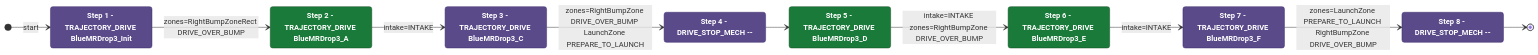
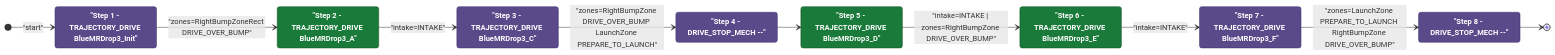
One commit to Team302/2026Rebuilt changed the diagram in documents/auton/BlueBOutKeep3NDepNOutScoreNCli.md. Above: the diagram before and after it, drawn with Mermaid. The commit also changed 242 other files, not shown here.

Commit message:
Regenerated diagrams with fixed red

````diff
--- a/documents/auton/BlueBOutKeep3NDepNOutScoreNCli.md
+++ b/documents/auton/BlueBOutKeep3NDepNOutScoreNCli.md
@@ -8,36 +8,36 @@
 ```mermaid
 stateDiagram-v2
     direction LR
 
     %% Green = intake active, Purple = intake off
     classDef intake  fill:#1a7a3a,color:#ffffff,stroke:#0d4a1f,font-weight:bold
     classDef noIntake fill:#5a4a8a,color:#ffffff,stroke:#3a2a6a,font-weight:bold
 
-    Step1 : Step 1 - TRAJECTORY_DRIVE BlueMRDrop3_Init
-    Step2 : Step 2 - TRAJECTORY_DRIVE BlueMRDrop3_A
-    Step3 : Step 3 - TRAJECTORY_DRIVE BlueMRDrop3_C
-    Step4 : Step 4 - DRIVE_STOP_MECH --
-    Step5 : Step 5 - TRAJECTORY_DRIVE BlueMRDrop3_D
-    Step6 : Step 6 - TRAJECTORY_DRIVE BlueMRDrop3_E
-    Step7 : Step 7 - TRAJECTORY_DRIVE BlueMRDrop3_F
-    Step8 : Step 8 - DRIVE_STOP_MECH --
+    Step1 : "Step 1 - TRAJECTORY_DRIVE BlueMRDrop3_Init"
+    Step2 : "Step 2 - TRAJECTORY_DRIVE BlueMRDrop3_A"
+    Step3 : "Step 3 - TRAJECTORY_DRIVE BlueMRDrop3_C"
+    Step4 : "Step 4 - DRIVE_STOP_MECH --"
+    Step5 : "Step 5 - TRAJECTORY_DRIVE BlueMRDrop3_D"
+    Step6 : "Step 6 - TRAJECTORY_DRIVE BlueMRDrop3_E"
+    Step7 : "Step 7 - TRAJECTORY_DRIVE BlueMRDrop3_F"
+    Step8 : "Step 8 - DRIVE_STOP_MECH --"
 
     class Step1 noIntake
     class Step2 intake
     class Step3 noIntake
     class Step4 noIntake
     class Step5 intake
     class Step6 intake
     class Step7 noIntake
     class Step8 noIntake
 
-    [*] --> Step1 : start
-    Step1 --> Step2: zones=RightBumpZoneRect DRIVE_OVER_BUMP
-    Step2 --> Step3: intake=INTAKE
-    Step3 --> Step4: zones=RightBumpZone DRIVE_OVER_BUMP LaunchZone PREPARE_TO_LAUNCH
+    [*] --> Step1 : "start"
+    Step1 --> Step2: "zones=RightBumpZoneRect DRIVE_OVER_BUMP"
+    Step2 --> Step3: "intake=INTAKE"
+    Step3 --> Step4: "zones=RightBumpZone DRIVE_OVER_BUMP LaunchZone PREPARE_TO_LAUNCH"
     Step4 --> Step5
-    Step5 --> Step6: intake=INTAKE zones=RightBumpZone DRIVE_OVER_BUMP
-    Step6 --> Step7: intake=INTAKE
-    Step7 --> Step8: zones=LaunchZone PREPARE_TO_LAUNCH RightBumpZone DRIVE_OVER_BUMP
+    Step5 --> Step6: "intake=INTAKE | zones=RightBumpZone DRIVE_OVER_BUMP"
+    Step6 --> Step7: "intake=INTAKE"
+    Step7 --> Step8: "zones=LaunchZone PREPARE_TO_LAUNCH RightBumpZone DRIVE_OVER_BUMP"
     Step8 --> [*]
 ```
````
